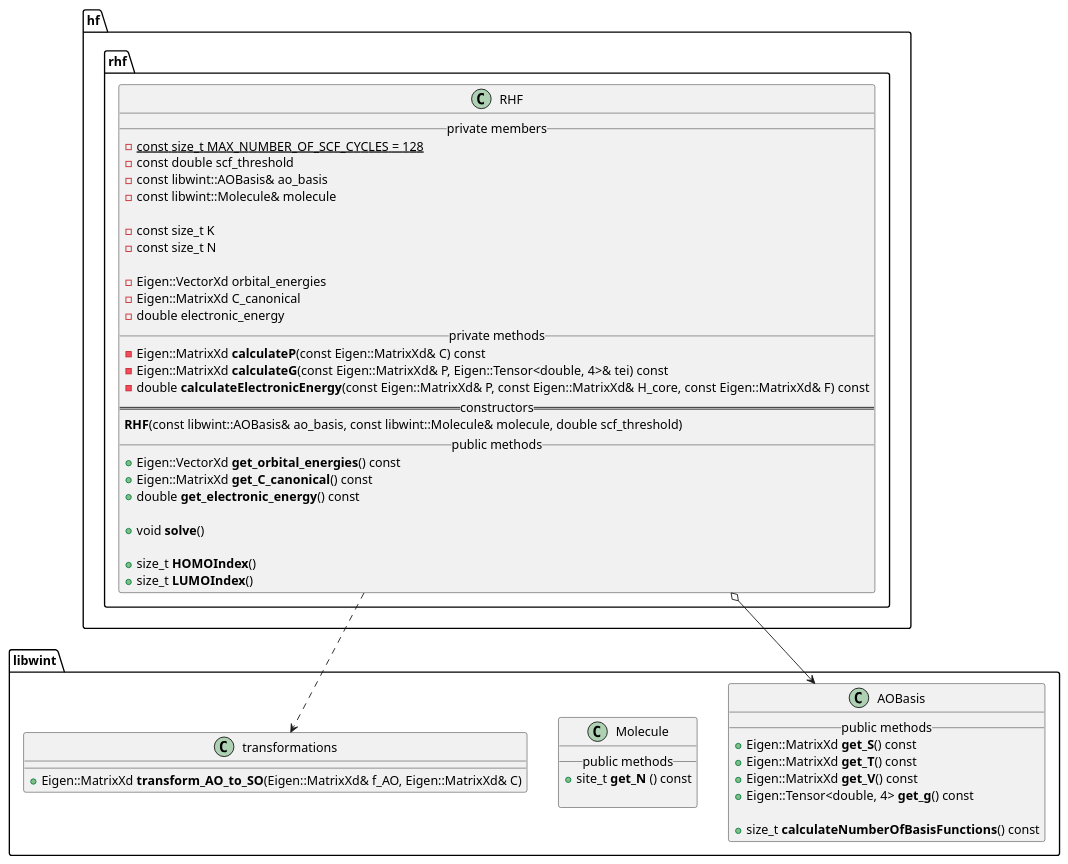
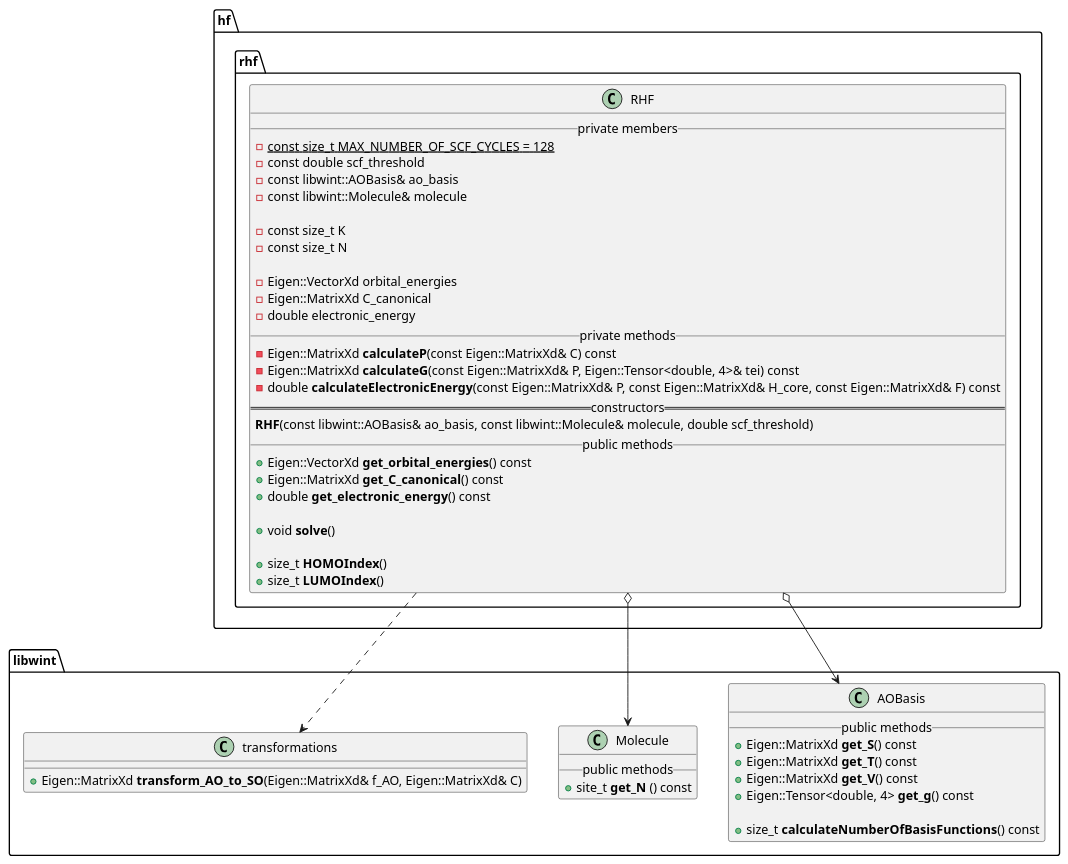
The diagram in docs/hf.puml (tmhuysen/hf), drawn with PlantUML before and after one commit. The commit also changed 1 other file, not shown here.

Commit message:
Update UML.

```diff
--- a/docs/hf.puml
+++ b/docs/hf.puml
@@ -1,72 +1,73 @@
 @startuml
 
 
 namespace libwint {
 
     class AOBasis {
         __ public methods __
             + Eigen::MatrixXd **get_S**() const
             + Eigen::MatrixXd **get_T**() const
             + Eigen::MatrixXd **get_V**() const
             + Eigen::Tensor<double, 4> **get_g**() const
 
             + size_t **calculateNumberOfBasisFunctions**() const
     }
 
 
     class Molecule {
         __ public methods __
             + site_t **get_N** () const
-
     }
 
 
     class transformations {
         + Eigen::MatrixXd **transform_AO_to_SO**(Eigen::MatrixXd& f_AO, Eigen::MatrixXd& C)
     }
 
 }
 
 
 namespace hf {
     namespace rhf {
 
         class RHF {
             __ private members __
                 - const size_t {static} MAX_NUMBER_OF_SCF_CYCLES = 128
                 - const double scf_threshold
                 - const libwint::AOBasis& ao_basis
                 - const libwint::Molecule& molecule
 
                 - const size_t K
                 - const size_t N
 
                 - Eigen::VectorXd orbital_energies
                 - Eigen::MatrixXd C_canonical
                 - double electronic_energy
             __ private methods __
                 - Eigen::MatrixXd **calculateP**(const Eigen::MatrixXd& C) const
                 - Eigen::MatrixXd **calculateG**(const Eigen::MatrixXd& P, Eigen::Tensor<double, 4>& tei) const
                 - double **calculateElectronicEnergy**(const Eigen::MatrixXd& P, const Eigen::MatrixXd& H_core, const Eigen::MatrixXd& F) const
             == constructors ==
                 **RHF**(const libwint::AOBasis& ao_basis, const libwint::Molecule& molecule, double scf_threshold)
             __ public methods __
                 + Eigen::VectorXd **get_orbital_energies**() const
                 + Eigen::MatrixXd **get_C_canonical**() const
                 + double **get_electronic_energy**() const
 
                 + void **solve**()
 
                 + size_t **HOMOIndex**()
                 + size_t **LUMOIndex**()
         }
     }
 }
 
 
 
 hf.rhf.RHF o--> libwint.AOBasis
 
+hf.rhf.RHF o--> libwint.Molecule
+
 hf.rhf.RHF ..> libwint.transformations
 
 @enduml
```
